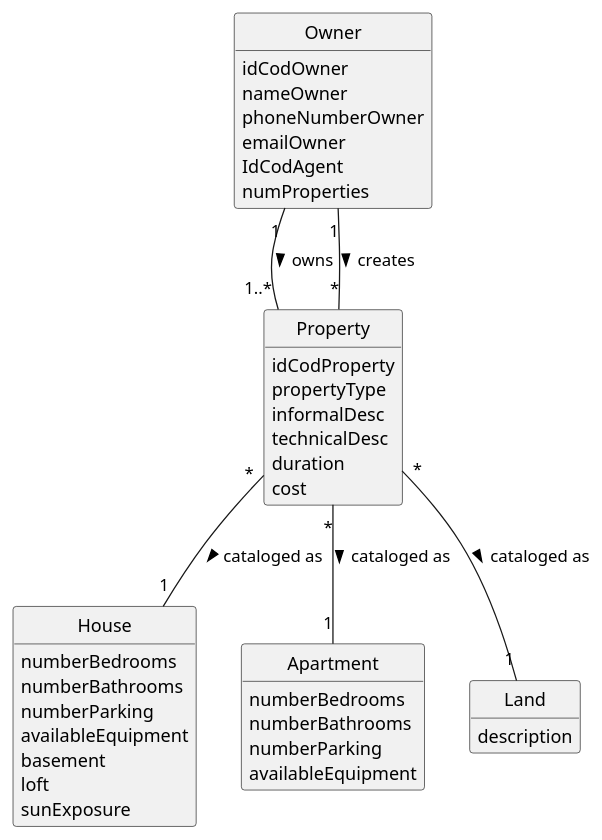
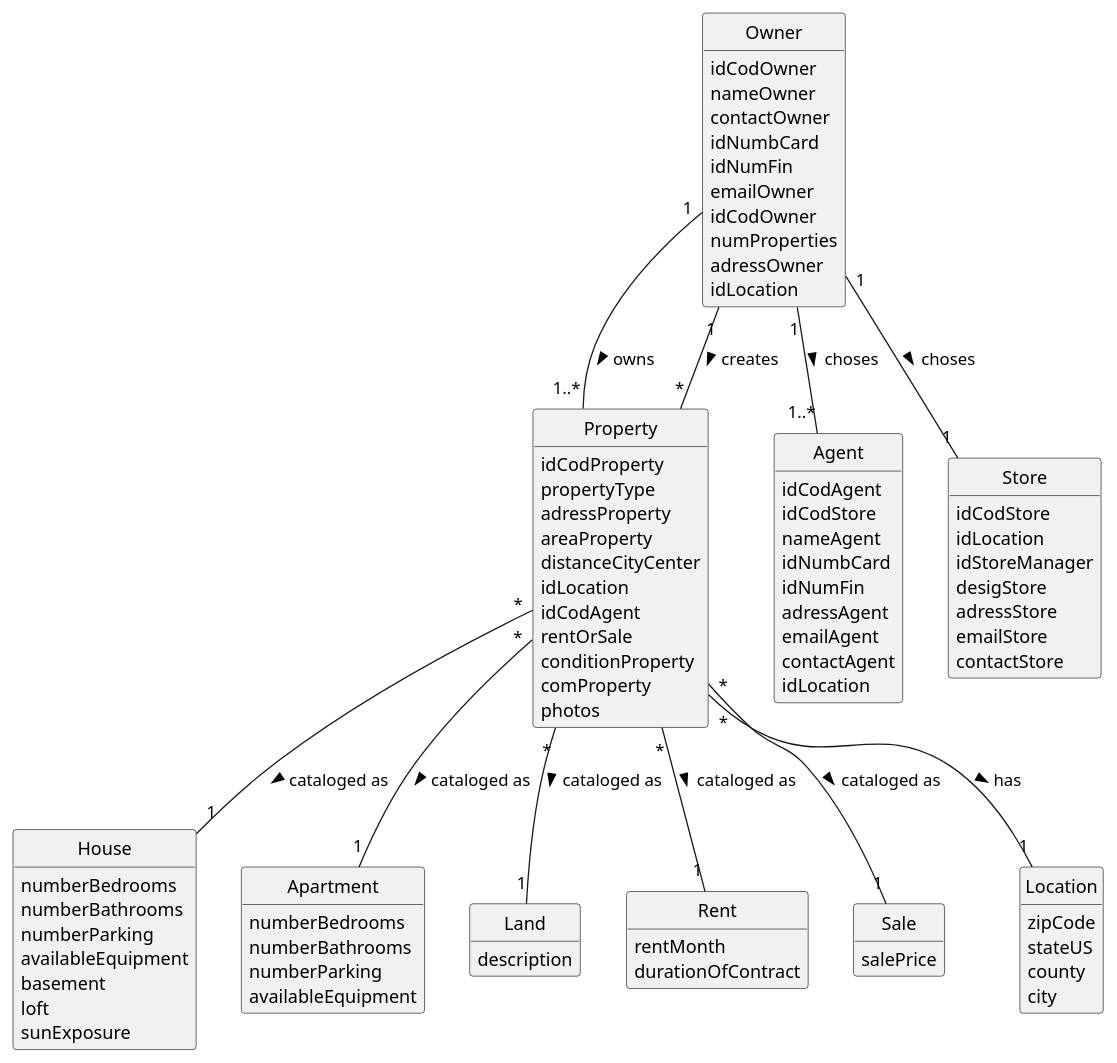
The diagram in docs/sprintA/us004/02.analysis/puml/us004-domain-model.puml (PEDROMOREIRA45/lei-23-s2-1dg-g31), drawn with PlantUML before and after one commit. The commit also changed 1 other file, not shown here.

```diff
--- a/docs/sprintA/us004/02.analysis/puml/us004-domain-model.puml
+++ b/docs/sprintA/us004/02.analysis/puml/us004-domain-model.puml
@@ -1,75 +1,114 @@
 @startuml
 skinparam monochrome true
 skinparam packageStyle rectangle
 skinparam shadowing false
 
 'left to right direction
 
 skinparam classAttributeIconSize 0
 
 hide circle
 hide methods
 
 'title Domain Model
 
 'class Platform {
 '  -description
 '}
 
 class Owner {
     idCodOwner
     nameOwner
-    phoneNumberOwner
+    contactOwner
+    idNumbCard
+    idNumFin
     emailOwner
-    IdCodAgent
+    idCodOwner
     numProperties
+    adressOwner
+    idLocation
 }
 
 class Property {
     idCodProperty
     propertyType
-    informalDesc
-    technicalDesc
-    duration
-    cost
+    adressProperty
+    areaProperty
+    distanceCityCenter
+    idLocation
+    idCodAgent
+    rentOrSale
+    conditionProperty
+    comProperty
+    photos
 }
 
 class House{
     numberBedrooms
     numberBathrooms
     numberParking
     availableEquipment
     basement
     loft
     sunExposure
 }
 
 class Apartment{
     numberBedrooms
     numberBathrooms
     numberParking
     availableEquipment
 }
 
 class Land{
     description
 }
+class Rent {
+    rentMonth
+    durationOfContract
+}
+class Sale {
+    salePrice
+}
 
+class Location {
+    zipCode
+    stateUS
+    county
+    city
+}
 
-'class User {
-'    name
-'    email
-'    password
-'}
+class Agent {
+    idCodAgent
+    idCodStore
+    nameAgent
+    idNumbCard
+    idNumFin
+    adressAgent
+    emailAgent
+    contactAgent
+    idLocation
+}
 
-'Platform "1" -- "*" Organization : has registered >
-'Platform "1" -- "*" Category : defines >
+class Store{
+    idCodStore
+    idLocation
+    idStoreManager
+    desigStore
+    adressStore
+    emailStore
+    contactStore
+}
+
 Owner "1" -- "1..*" Property: owns >
-'Task "*" -- "1" Employee: created by >
+Owner "1" -- "1..*" Agent: choses >
+Owner "1" -- "1" Store: choses >
 Owner "1" -- "*" Property : creates >
-'Employee "0..1" -- "1" User: acts as >
 Property "*" -- "1" House: cataloged as >
 Property "*" -- "1" Apartment: cataloged as >
 Property "*" -- "1" Land: cataloged as >
+Property "*" -- "1" Rent: cataloged as >
+Property "*" -- "1" Sale: cataloged as >
+Property "*" -- "1" Location: has >
 
 @enduml
```
